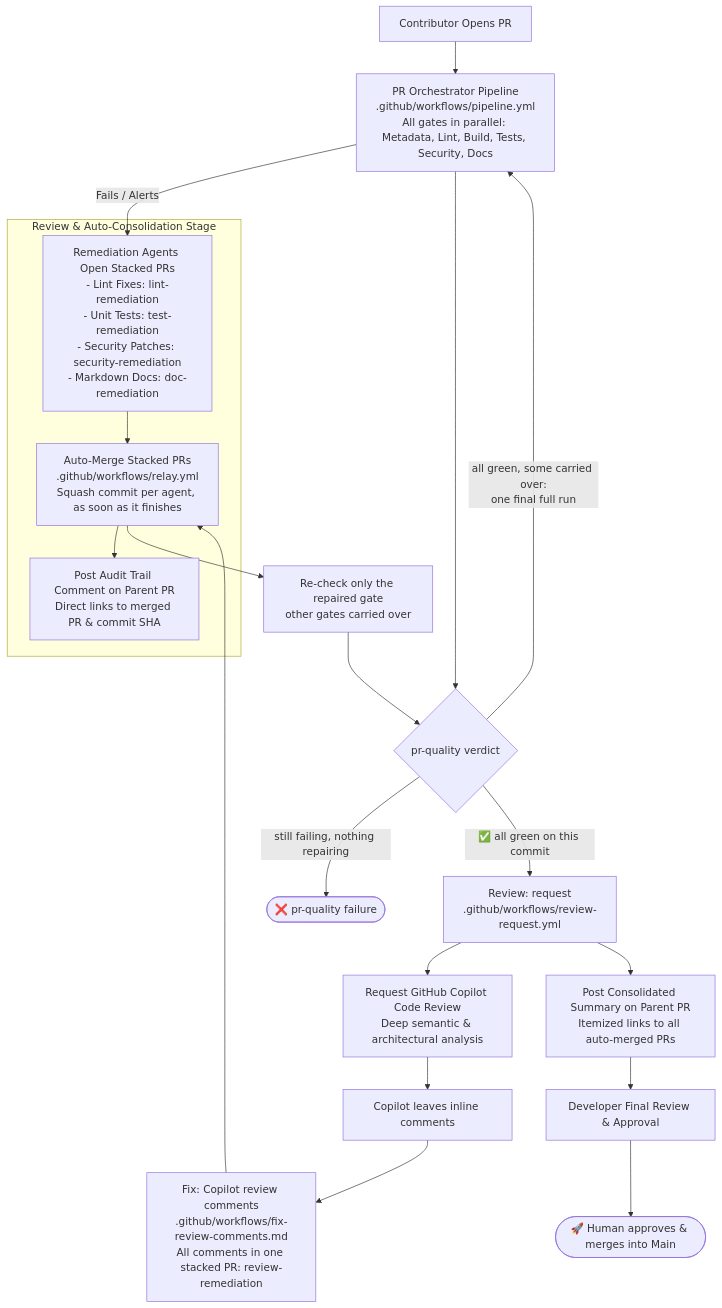
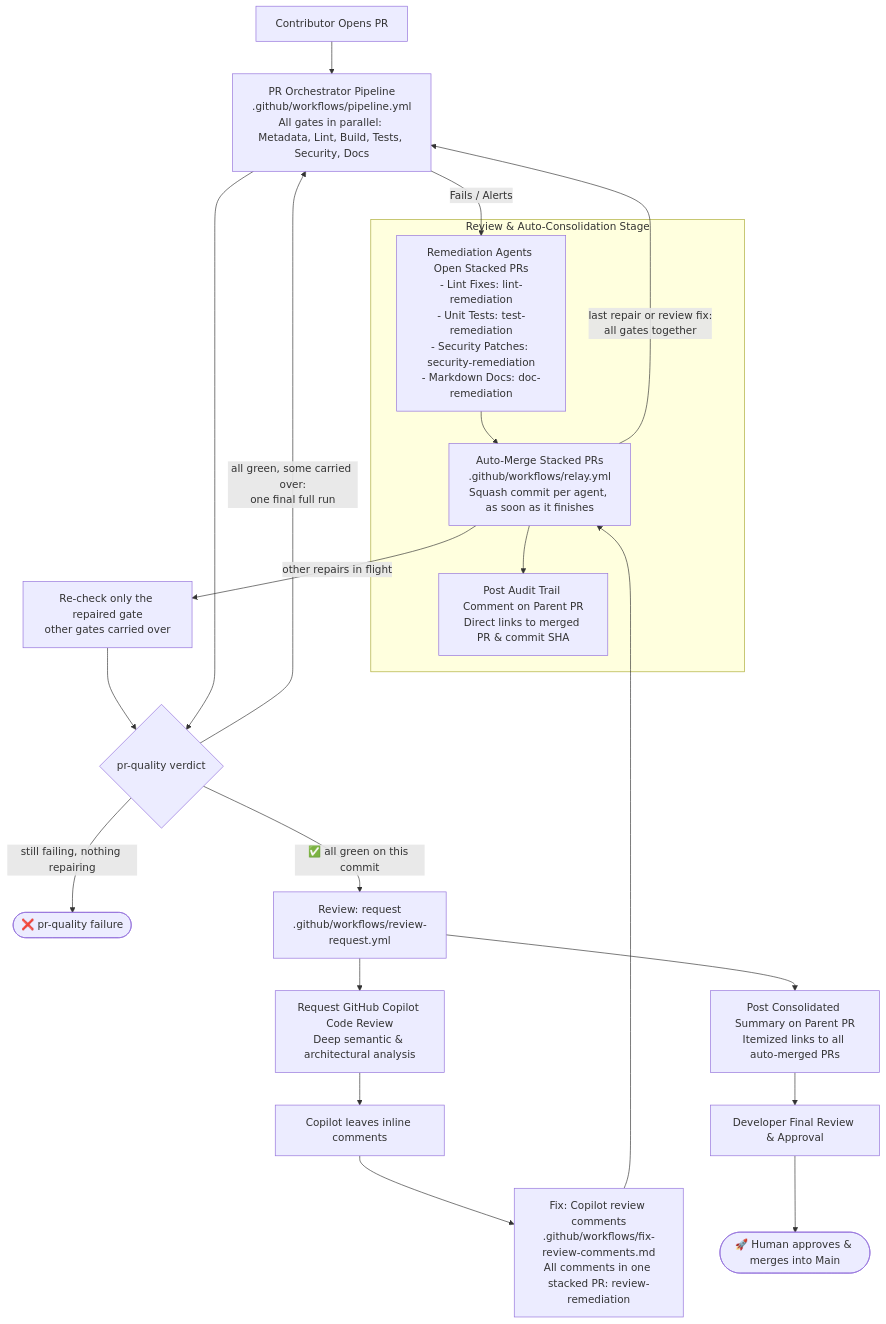
Before and after one commit to SitoaderOrg/ForgeFlow: the diagram in docs/review.md, drawn with Mermaid. The commit also changed other lines of this file and 12 other files, not shown here.

First line of the commit message:
Run every gate together after the last repair

````diff
--- a/docs/review.md
+++ b/docs/review.md
@@ -28,30 +28,31 @@
 ```mermaid
 flowchart TD
     PR[Contributor Opens PR] --> Pipeline[PR Orchestrator Pipeline\n.github/workflows/pipeline.yml\nAll gates in parallel: Metadata, Lint, Build, Tests, Security, Docs]
     
     Pipeline -->|Fails / Alerts| Agents[Remediation Agents Open Stacked PRs\n- Lint Fixes: lint-remediation\n- Unit Tests: test-remediation\n- Security Patches: security-remediation\n- Markdown Docs: doc-remediation]
     
     subgraph Auto_Consolidation [Review & Auto-Consolidation Stage]
         Agents --> AutoMerge[Auto-Merge Stacked PRs\n.github/workflows/relay.yml\nSquash commit per agent, as soon as it finishes]
         AutoMerge --> CommentParent[Post Audit Trail Comment on Parent PR\nDirect links to merged PR & commit SHA]
     end
 
-    AutoMerge --> SyncBranch[Re-check only the repaired gate\nother gates carried over]
+    AutoMerge -->|other repairs in flight| SyncBranch[Re-check only the repaired gate\nother gates carried over]
+    AutoMerge -->|last repair or review fix:\nall gates together| Pipeline
     SyncBranch --> Verdict{pr-quality verdict}
     Pipeline --> Verdict
     Verdict -->|all green, some carried over:\none final full run| Pipeline
     Verdict -->|still failing, nothing repairing| Fail([❌ pr-quality failure])
 
     Verdict -->|✅ all green on this commit| Dispatcher[Review: request\n.github/workflows/review-request.yml]
 
     Dispatcher --> RequestCopilot[Request GitHub Copilot Code Review\nDeep semantic & architectural analysis]
     Dispatcher --> PostSummary[Post Consolidated Summary on Parent PR\nItemized links to all auto-merged PRs]
 
     RequestCopilot --> InlineFeedback[Copilot leaves inline comments]
     InlineFeedback --> ReviewFixer[Fix: Copilot review comments\n.github/workflows/fix-review-comments.md\nAll comments in one stacked PR: review-remediation]
     ReviewFixer --> AutoMerge
 
     PostSummary --> DeveloperReview[Developer Final Review & Approval]
 
     DeveloperReview --> MergeMain([🚀 Human approves & merges into Main])
 ```
````
